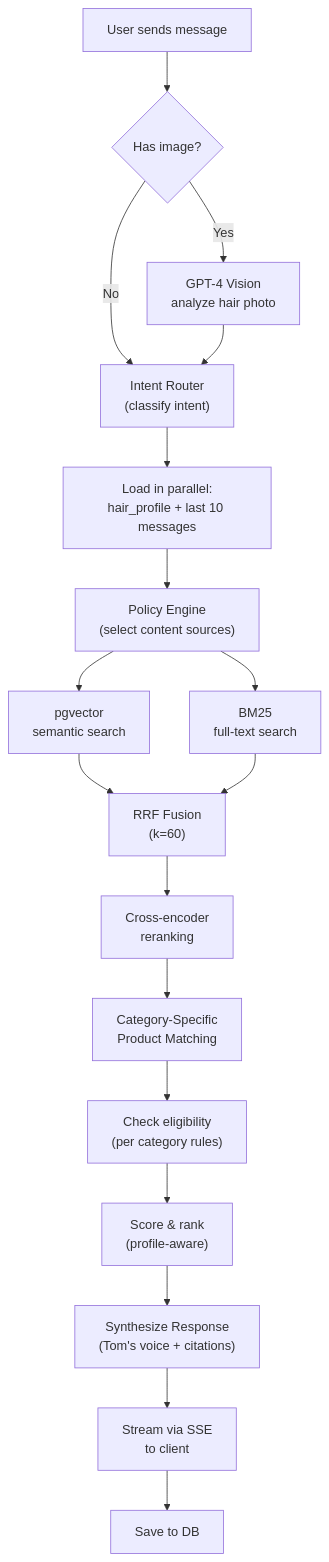
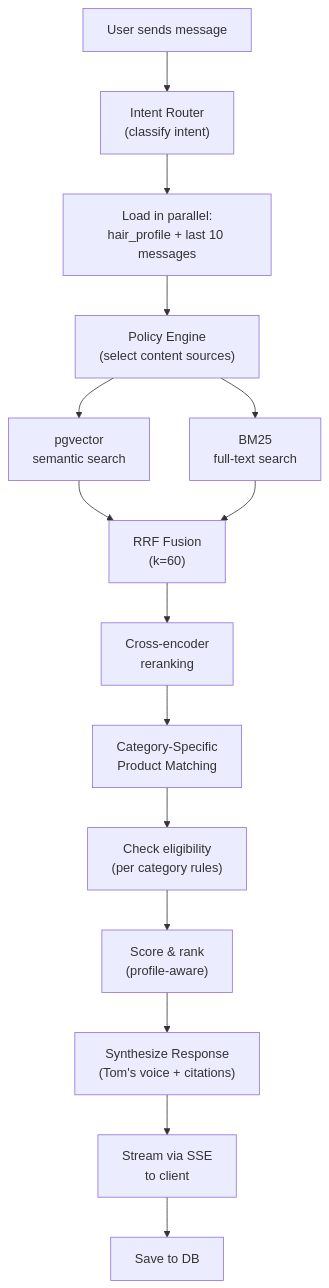
The third of 4 diagrams in OVERVIEW.md (NickRuppy/hair_concierge), drawn with Mermaid before and after one commit. The commit also changed other lines of this file, not shown here.

Commit message:
docs: align architecture overview with launch chat scope

````diff
--- a/OVERVIEW.md
+++ b/OVERVIEW.md
@@ -153,24 +153,21 @@
 ```mermaid
 flowchart TD
-    Msg["User sends message"] --> Vision{"Has image?"}
-    Vision -->|Yes| Analyze["GPT-4 Vision<br/>analyze hair photo"]
-    Vision -->|No| Intent
-    Analyze --> Intent["Intent Router<br/>(classify intent)"]
+    Msg["User sends message"] --> Intent["Intent Router<br/>(classify intent)"]
 
     Intent --> Load["Load in parallel:<br/>hair_profile + last 10 messages"]
     Load --> Route["Policy Engine<br/>(select content sources)"]
 
     Route --> Dense["pgvector<br/>semantic search"]
     Route --> Lexical["BM25<br/>full-text search"]
     Dense --> RRF["RRF Fusion<br/>(k=60)"]
     Lexical --> RRF
     RRF --> Rerank["Cross-encoder<br/>reranking"]
 
     Rerank --> Match["Category-Specific<br/>Product Matching"]
     Match --> Eligibility["Check eligibility<br/>(per category rules)"]
     Eligibility --> Score["Score & rank<br/>(profile-aware)"]
 
     Score --> Synth["Synthesize Response<br/>(Tom's voice + citations)"]
     Synth --> Stream["Stream via SSE<br/>to client"]
     Stream --> Save["Save to DB"]
 ```
````
